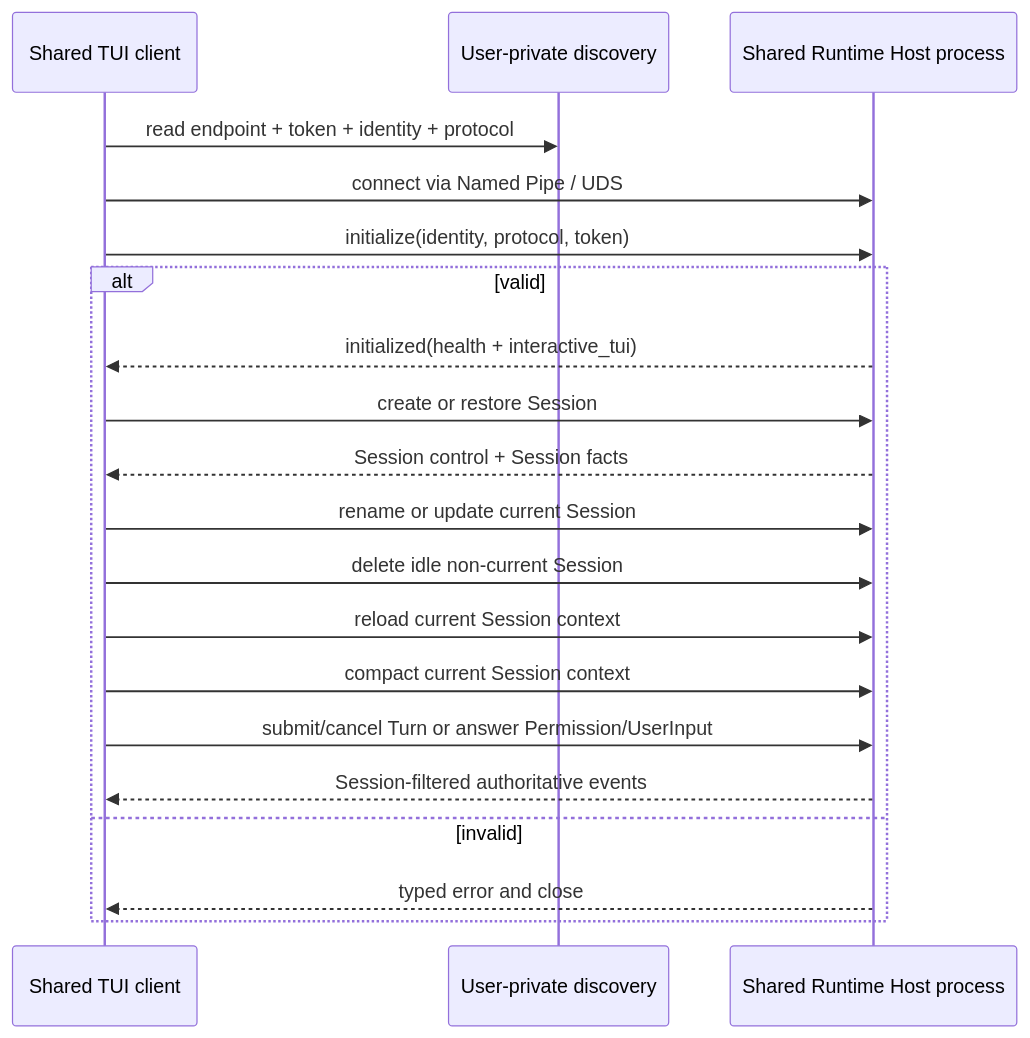
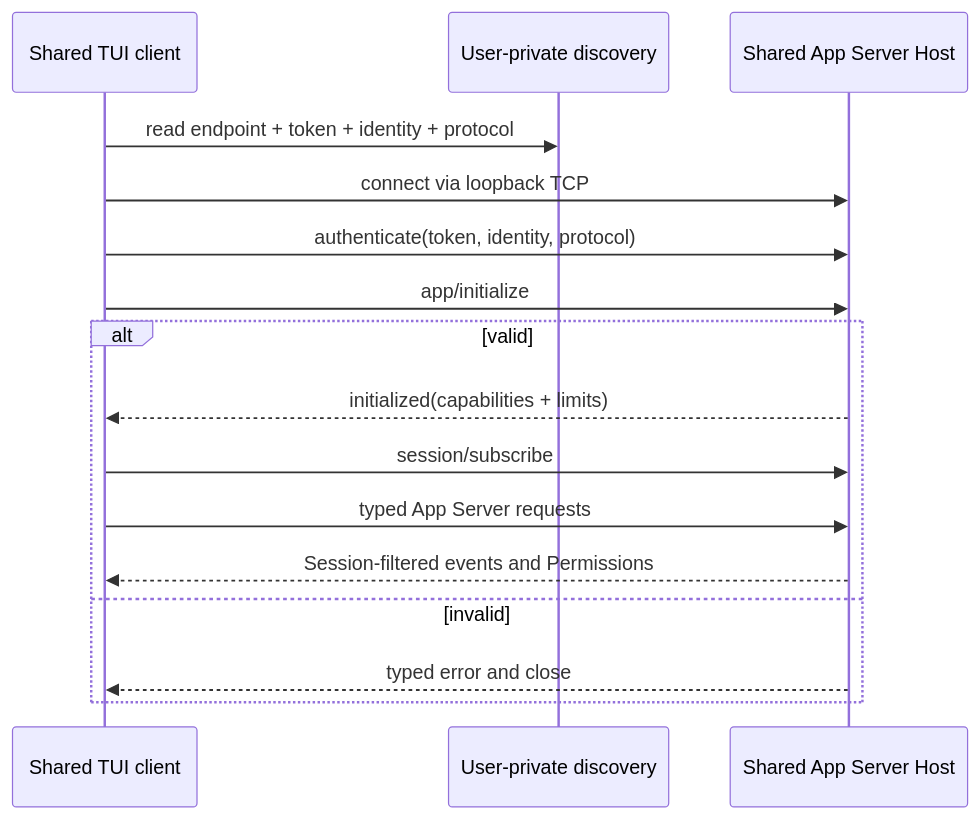
One commit to GCWing/BitFun changed the ninth of 15 diagrams in docs/architecture/agent-runtime-deployment-design.md. Above: the diagram before and after it, drawn with Mermaid. The commit also changed other lines of this file and 87 other files, not shown here.

Commit message:
feat(app-server): add sharedv2 command

````diff
--- a/docs/architecture/agent-runtime-deployment-design.md
+++ b/docs/architecture/agent-runtime-deployment-design.md
@@ -235,23 +234,19 @@
 ```mermaid
 sequenceDiagram
   participant C as Shared TUI client
   participant D as User-private discovery
-  participant S as Shared Runtime Host process
+  participant S as Shared App Server Host
 
   C->>D: read endpoint + token + identity + protocol
-  C->>S: connect via Named Pipe / UDS
-  C->>S: initialize(identity, protocol, token)
+  C->>S: connect via loopback TCP
+  C->>S: authenticate(token, identity, protocol)
+  C->>S: app/initialize
   alt valid
-    S-->>C: initialized(health + interactive_tui)
-    C->>S: create or restore Session
-    S-->>C: Session control + Session facts
-    C->>S: rename or update current Session
-    C->>S: delete idle non-current Session
-    C->>S: reload current Session context
-    C->>S: compact current Session context
-    C->>S: submit/cancel Turn or answer Permission/UserInput
-    S-->>C: Session-filtered authoritative events
+    S-->>C: initialized(capabilities + limits)
+    C->>S: session/subscribe
+    C->>S: typed App Server requests
+    S-->>C: Session-filtered events and Permissions
   else invalid
     S-->>C: typed error and close
   end
 ```
````
